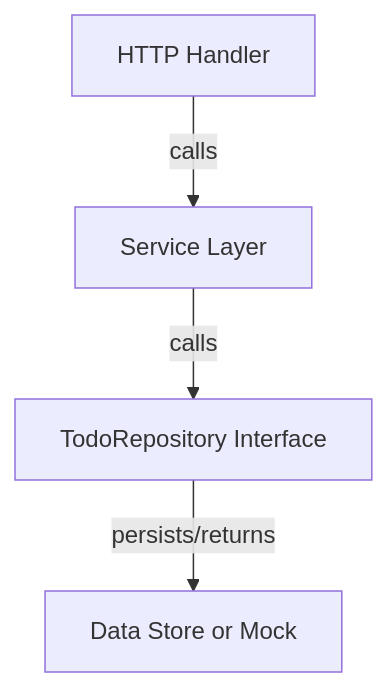
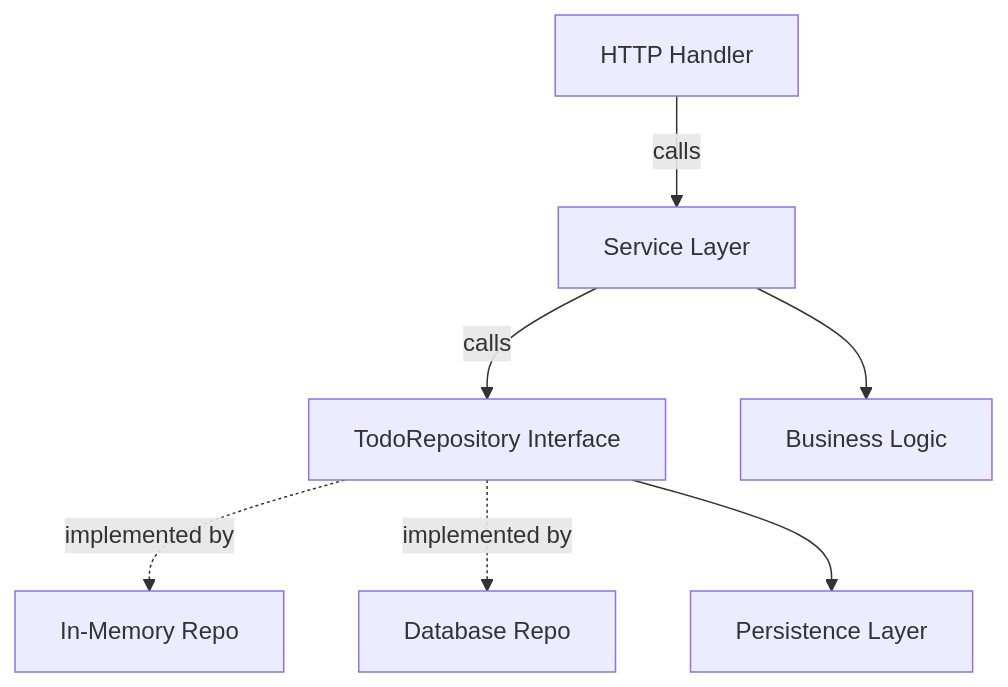
The diagram in api-reference/domain/todo-repository.mdx (hkdeman/todos-docs), drawn with Mermaid before and after one commit. The commit also changed other lines of this file and 10 other files, not shown here.

````diff
--- a/api-reference/domain/todo-repository.mdx
+++ b/api-reference/domain/todo-repository.mdx
@@ -118,6 +117,10 @@
 ```mermaid
 flowchart TD
-  H[HTTP Handler] -->|calls| S[Service Layer]
-  S -->|calls| R[TodoRepository Interface]
-  R -->|persists/returns| D[Data Store or Mock]
+  A[HTTP Handler] -->|calls| B[Service Layer]
+  B -->|calls| C[TodoRepository Interface]
+  C -.->|implemented by| D[In-Memory Repo]
+  C -.->|implemented by| E[Database Repo]
+  
+  B --> F[Business Logic]
+  C --> G[Persistence Layer]
 ```
````
